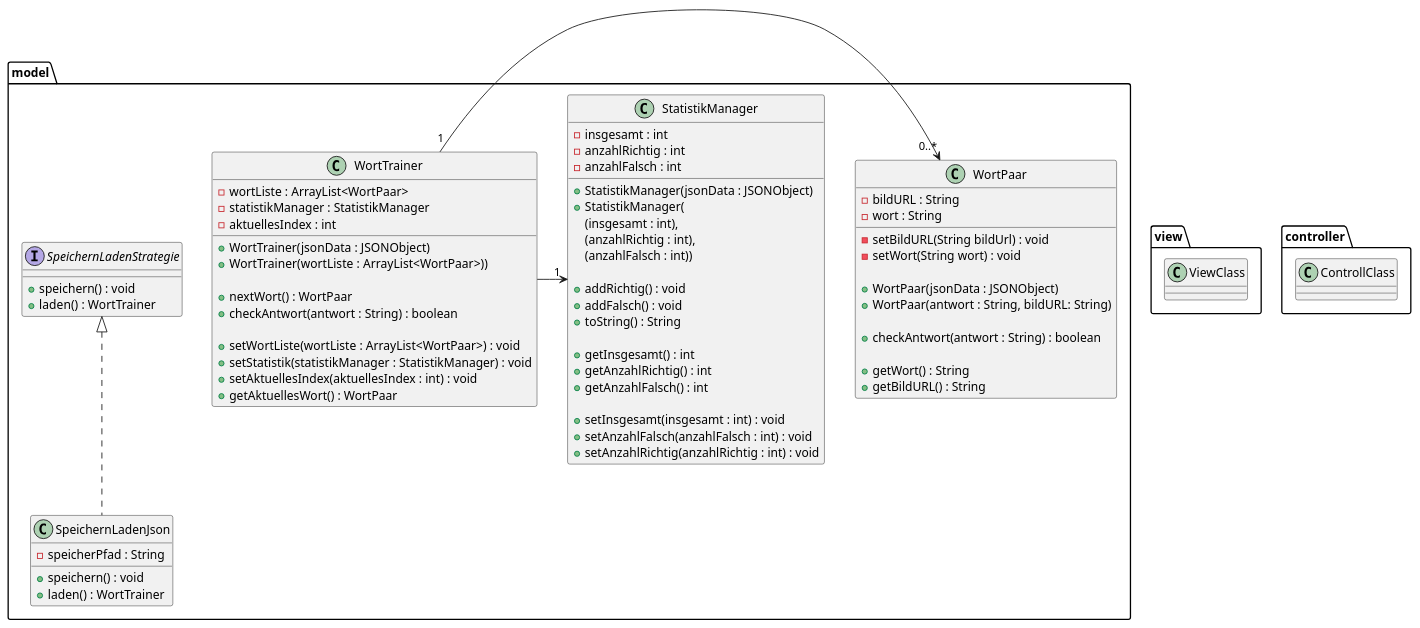
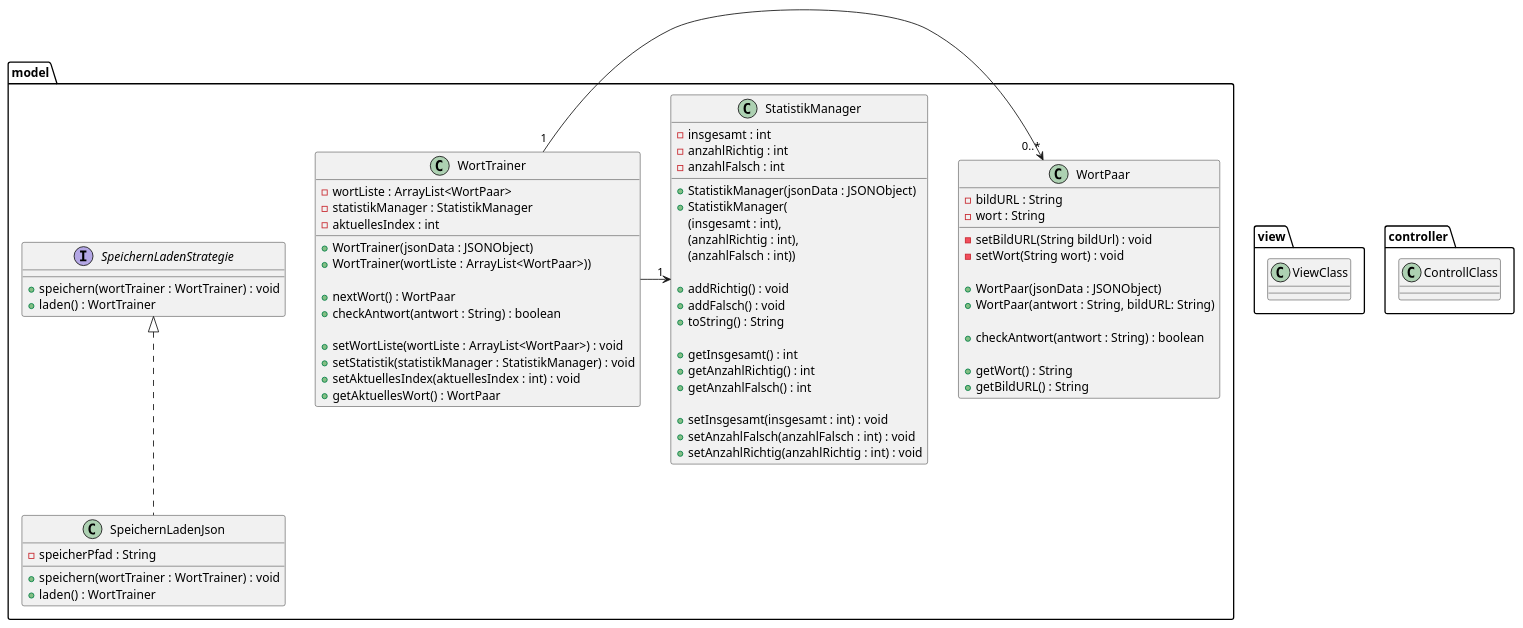
The diagram in Worttrainer_UML.puml (TGM-HIT/sew9-2425-worttrainer-aaabdulkarim), drawn with PlantUML before and after one commit. The commit also changed 4 other files, not shown here.

```diff
--- a/Worttrainer_UML.puml
+++ b/Worttrainer_UML.puml
@@ -1,93 +1,93 @@
 @startuml
 'https://plantuml.com/class-diagram
 
 package model {
 
     class WortPaar {
         - bildURL : String
         - wort : String
 
         - setBildURL(String bildUrl) : void
         - setWort(String wort) : void
 
         + WortPaar(jsonData : JSONObject)
         + WortPaar(antwort : String, bildURL: String)
 
         + checkAntwort(antwort : String) : boolean
 
         + getWort() : String
         + getBildURL() : String
 
     }
 
     class WortTrainer {
         - wortListe : ArrayList<WortPaar>
         - statistikManager : StatistikManager
         - aktuellesIndex : int
 
         + WortTrainer(jsonData : JSONObject)
         + WortTrainer(wortListe : ArrayList<WortPaar>))
 
         + nextWort() : WortPaar
         + checkAntwort(antwort : String) : boolean
 
         + setWortListe(wortListe : ArrayList<WortPaar>) : void
         + setStatistik(statistikManager : StatistikManager) : void
         + setAktuellesIndex(aktuellesIndex : int) : void
         + getAktuellesWort() : WortPaar
     }
 
     class StatistikManager {
         - insgesamt : int
         - anzahlRichtig : int
         - anzahlFalsch : int
 
         + StatistikManager(jsonData : JSONObject)
         + StatistikManager(
         (insgesamt : int),
         (anzahlRichtig : int),
         (anzahlFalsch : int))
 
         + addRichtig() : void
         + addFalsch() : void
         + toString() : String
 
         + getInsgesamt() : int
         + getAnzahlRichtig() : int
         + getAnzahlFalsch() : int
 
         + setInsgesamt(insgesamt : int) : void
         + setAnzahlFalsch(anzahlFalsch : int) : void
         + setAnzahlRichtig(anzahlRichtig : int) : void
     }
 
     interface SpeichernLadenStrategie{
-        + speichern() : void
+        + speichern(wortTrainer : WortTrainer) : void
         + laden() : WortTrainer
     }
 
     class SpeichernLadenJson implements SpeichernLadenStrategie{
         - speicherPfad : String
-        + speichern() : void
+        + speichern(wortTrainer : WortTrainer) : void
         + laden() : WortTrainer
     }
 }
 
 
 package view {
     class ViewClass {
     }
 }
 
 package controller {
     class ControllClass {
     }
 }
 
 
 
 
 WortTrainer "1" -> "0..*" WortPaar
 WortTrainer -> "1" StatistikManager
 
 @enduml
```
